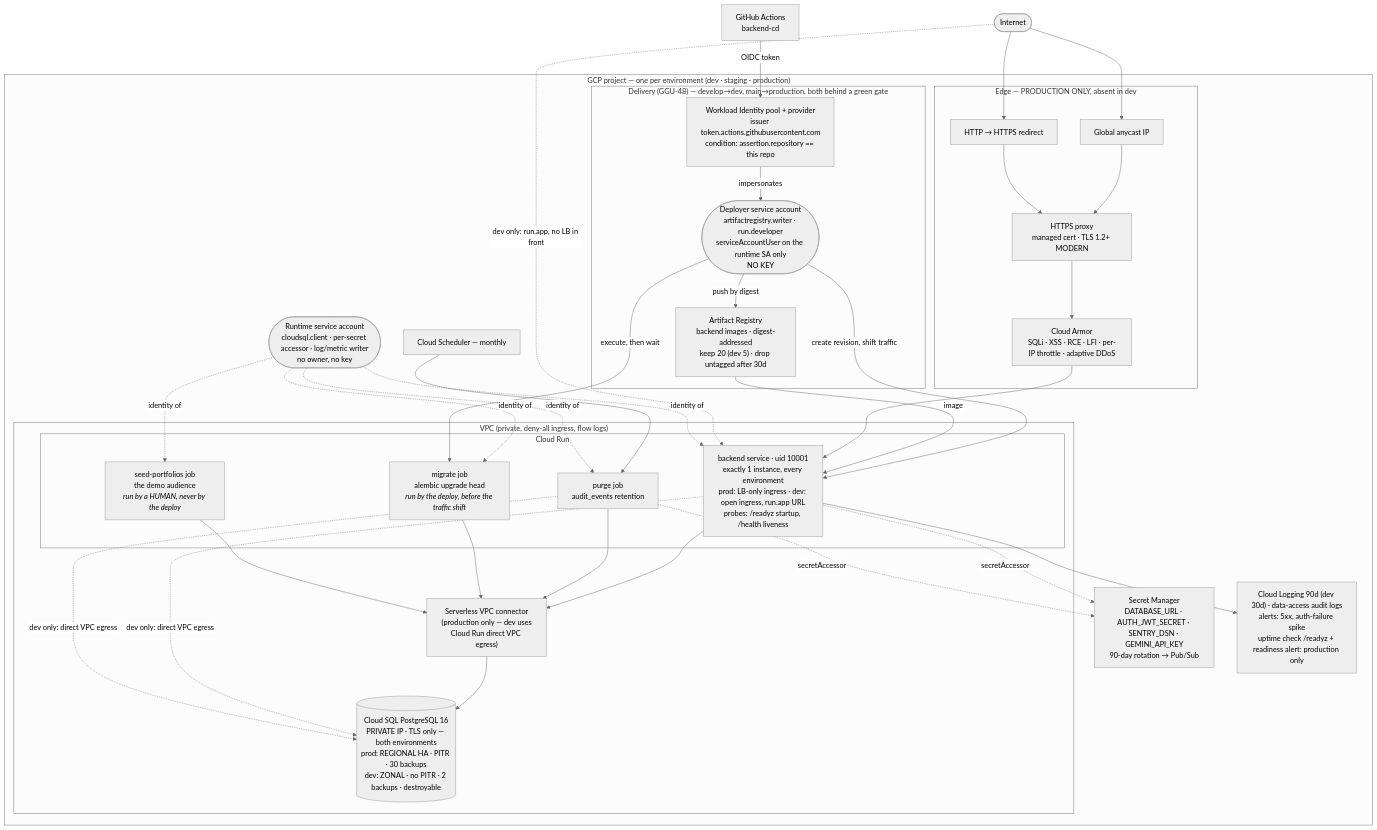
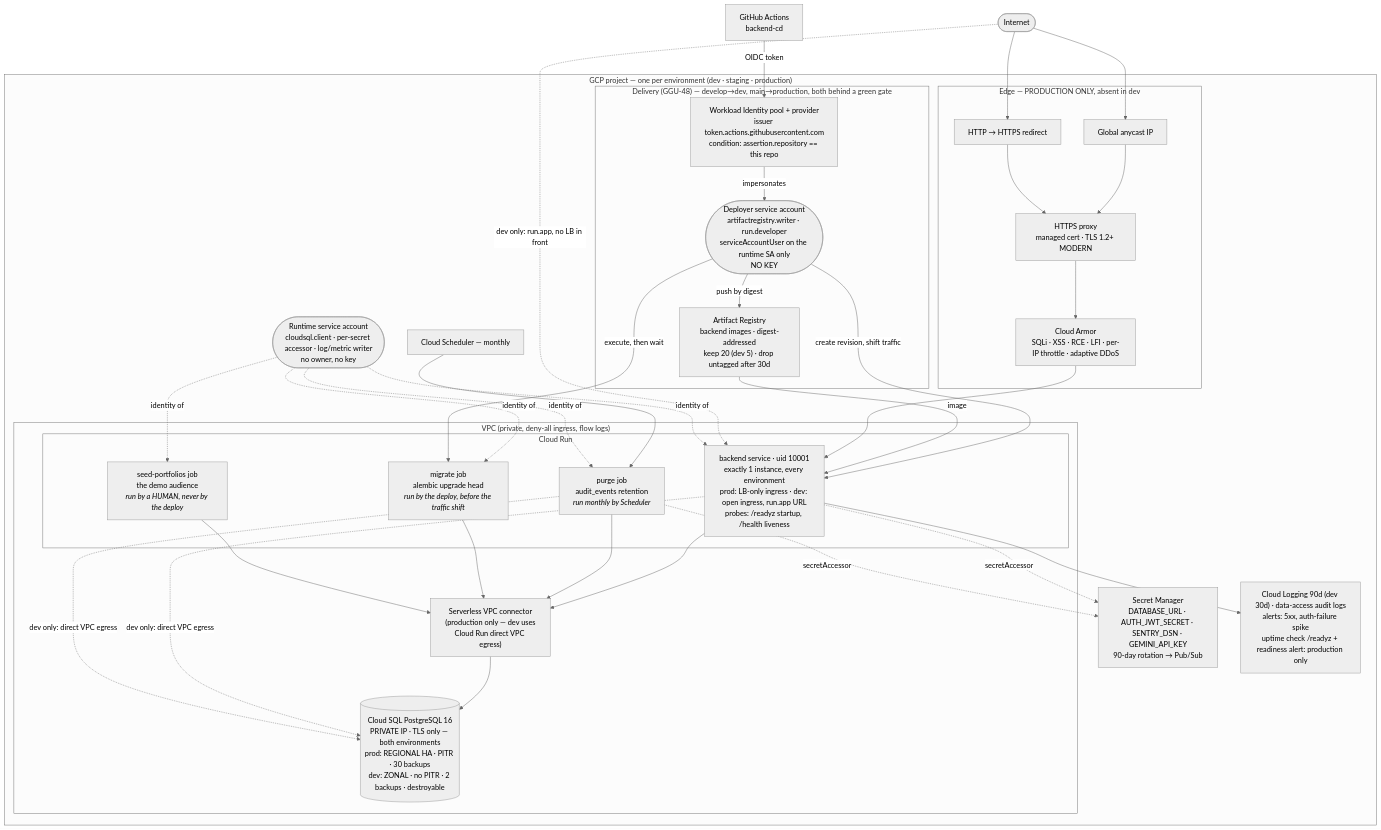
The diagram in docs/diagrams/08-infrastructure.md (somnio-projects/finance-google-a2ui), drawn with Mermaid (neutral theme) before and after one commit. The commit also changed 9 other files, not shown here.

First line of the commit message:
fix(infra): CD owns every Cloud Run job's image, not just the migration

```diff
--- a/docs/diagrams/08-infrastructure.md
+++ b/docs/diagrams/08-infrastructure.md
@@ -18,7 +18,7 @@
             conn["Serverless VPC connector<br/>(production only — dev uses<br/>Cloud Run direct VPC egress)"]
             subgraph runtime["Cloud Run"]
                 svc["backend service · uid 10001<br/>exactly 1 instance, every environment<br/>prod: LB-only ingress · dev: open ingress, run.app URL<br/>probes: /readyz startup, /health liveness"]
-                job["purge job<br/>audit_events retention"]
+                job["purge job<br/>audit_events retention<br/><i>run monthly by Scheduler</i>"]
                 mig["migrate job<br/>alembic upgrade head<br/><i>run by the deploy, before the traffic shift</i>"]
                 seed["seed-portfolios job<br/>the demo audience<br/><i>run by a HUMAN, never by the deploy</i>"]
             end
@@ -72,12 +72,19 @@
     %% is a monthly Scheduler, the migration is executed by the deploy before
     %% traffic moves, and `seed-portfolios` (spec backend/0035 §4.1) is run by
     %% a person — `gcloud run jobs execute … --args=a@x,b@y`. Nothing schedules
-    %% it and `deploy_cloud_run.sh` never mentions it, which
-    %% infra/scripts/tests/test_dev_environment.sh asserts in both directions:
-    %% deciding who gets a portfolio is not a thing a deploy should do on its
-    %% own, and a deploy that quietly reseeded an account mid-rehearsal would
-    %% be data loss with a green checkmark. Its audience is `args`, not an env
-    %% var, precisely so one execution can override it.
+    %% it and `deploy_cloud_run.sh` never NAMES it, which
+    %% infra/scripts/tests/test_dev_environment.sh asserts over the script's
+    %% code: deciding who gets a portfolio is not a thing a deploy should do on
+    %% its own, and a deploy that quietly reseeded an account mid-rehearsal
+    %% would be data loss with a green checkmark. Its audience is `args`, not
+    %% an env var, precisely so one execution can override it.
+    %% WHO RUNS a job and WHICH BUILD it runs are different questions, and
+    %% conflating them cost two of these three jobs their image (spec
+    %% infra/0004). All three now carry `image-owner=delivery`, and the deploy
+    %% points every labelled job at the digest it just released — including the
+    %% two it never executes. Terraform keeps the shape and ignores the image;
+    %% without that an apply would put `var.backend_image` back, which on dev
+    %% is the floating `:latest` tag.
     %% ONE instance is not a cost choice: the rate limiter and the feature-flag
     %% cache count in process memory, so the documented per-principal limit only
     %% holds while one process serves the traffic (ADR-F D-9, GGU-83). Raising
```
